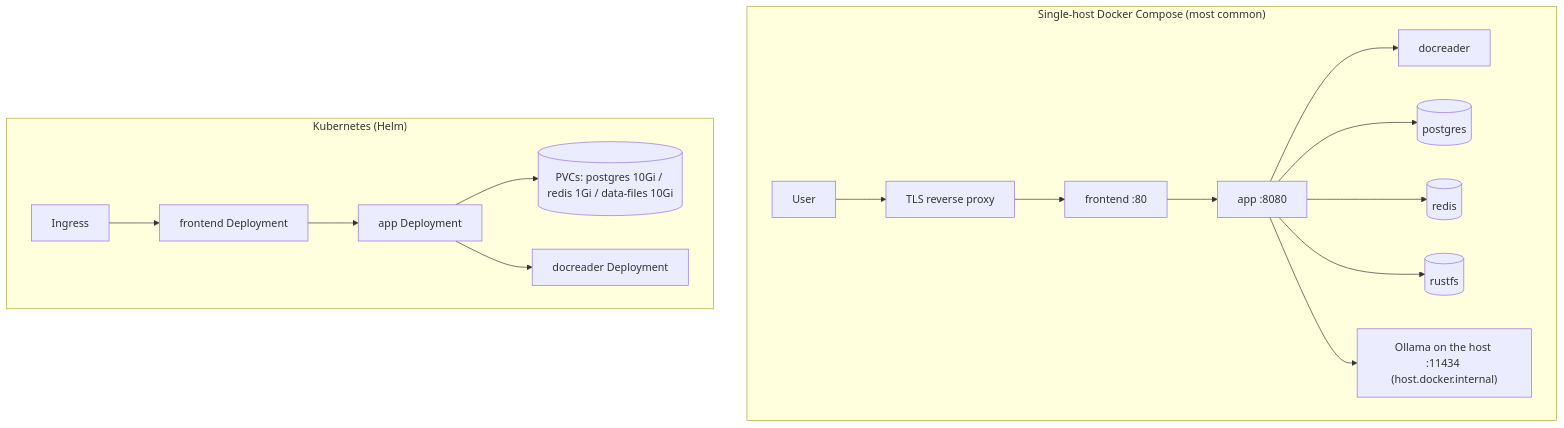
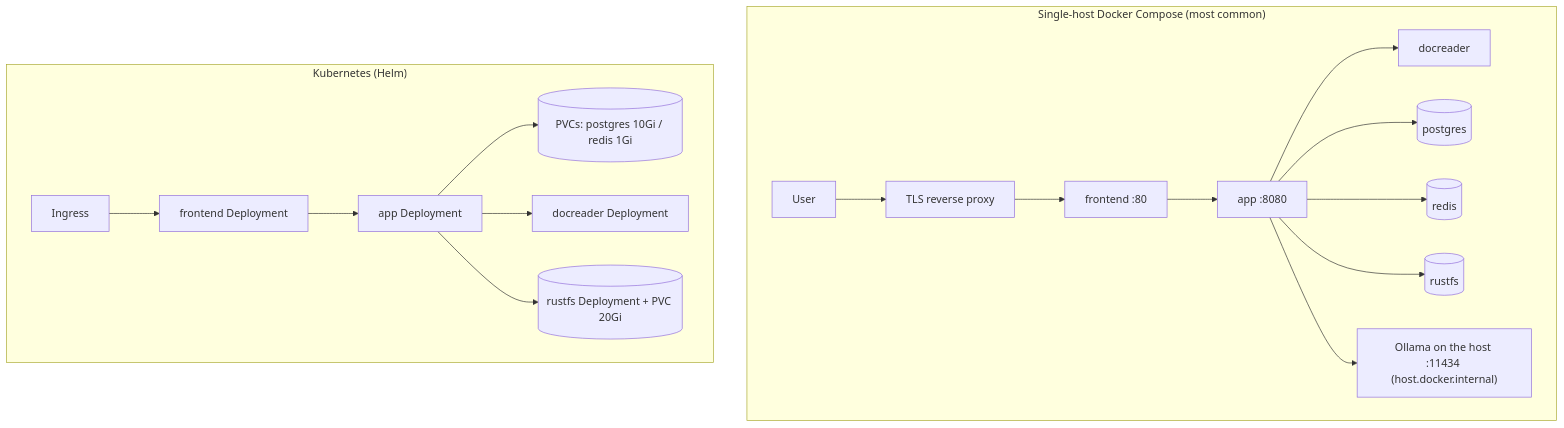
Before and after one commit to magicyuan876/Yuheng: the second of 2 diagrams in website-docs/en/01-getting-started/02-installation.md, drawn with Mermaid. The commit also changed other lines of this file and 12 other files, not shown here.

````diff
--- a/website-docs/en/01-getting-started/02-installation.md
+++ b/website-docs/en/01-getting-started/02-installation.md
@@ -344,18 +359,19 @@
 ```mermaid
 flowchart TB
     subgraph host["Single-host Docker Compose (most common)"]
         direction LR
         U1["User"] --> TLS["TLS reverse proxy"] --> N1["frontend :80"] --> A1["app :8080"]
         A1 --> D1["docreader"]
         A1 --> P1[("postgres")]
         A1 --> R1[("redis")]
         A1 --> S1[("rustfs")]
         A1 --> O1["Ollama on the host :11434 (host.docker.internal)"]
     end
     subgraph k8s["Kubernetes (Helm)"]
         direction LR
         ING["Ingress"] --> FE2["frontend Deployment"] --> A2["app Deployment"]
-        A2 --> PVC1[("PVCs: postgres 10Gi / redis 1Gi / data-files 10Gi")]
+        A2 --> PVC1[("PVCs: postgres 10Gi / redis 1Gi")]
         A2 --> D2["docreader Deployment"]
+        A2 --> S2[("rustfs Deployment + PVC 20Gi")]
     end
 ```
````
